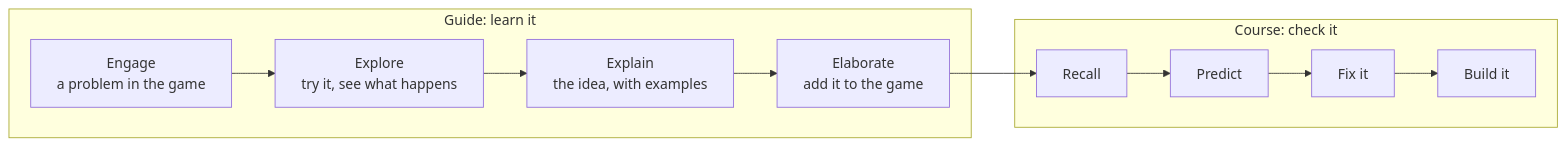
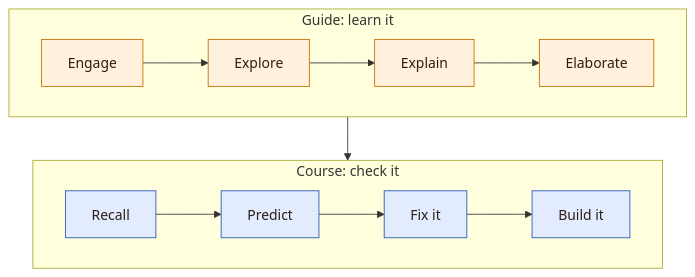
The diagram in src/pages/start/how-it-works.md (forinda/learn-zig-with-forinda), drawn with Mermaid before and after one commit. The commit also changed other lines of this file and 1 other file, not shown here.

Commit message:
docs: readable diagrams (16px Geist), how-it-works diagram in two coloured rows, its text speaks of Guide pages

````diff
--- a/src/pages/start/how-it-works.md
+++ b/src/pages/start/how-it-works.md
@@ -24,12 +24,20 @@
 ```mermaid
-flowchart LR
+flowchart TB
     subgraph guide["Guide: learn it"]
-        engage["Engage<br/>a problem in the game"] --> explore["Explore<br/>try it, see what happens"]
-        explore --> explain["Explain<br/>the idea, with examples"]
-        explain --> elaborate["Elaborate<br/>add it to the game"]
+        direction LR
+        engage["Engage"] --> explore["Explore"]
+        explore --> explain["Explain"]
+        explain --> elaborate["Elaborate"]
     end
     subgraph course["Course: check it"]
-        recall["Recall"] --> predict["Predict"] --> fix["Fix it"] --> build["Build it"]
+        direction LR
+        recall["Recall"] --> predict["Predict"]
+        predict --> fix["Fix it"]
+        fix --> build["Build it"]
     end
-    elaborate --> recall
+    guide --> course
+    classDef teach fill:#fff1dc,stroke:#c76d00,color:#2a1d14
+    classDef check fill:#e3ecff,stroke:#2457b8,color:#2a1d14
+    class engage,explore,explain,elaborate teach
+    class recall,predict,fix,build check
 ```
````
